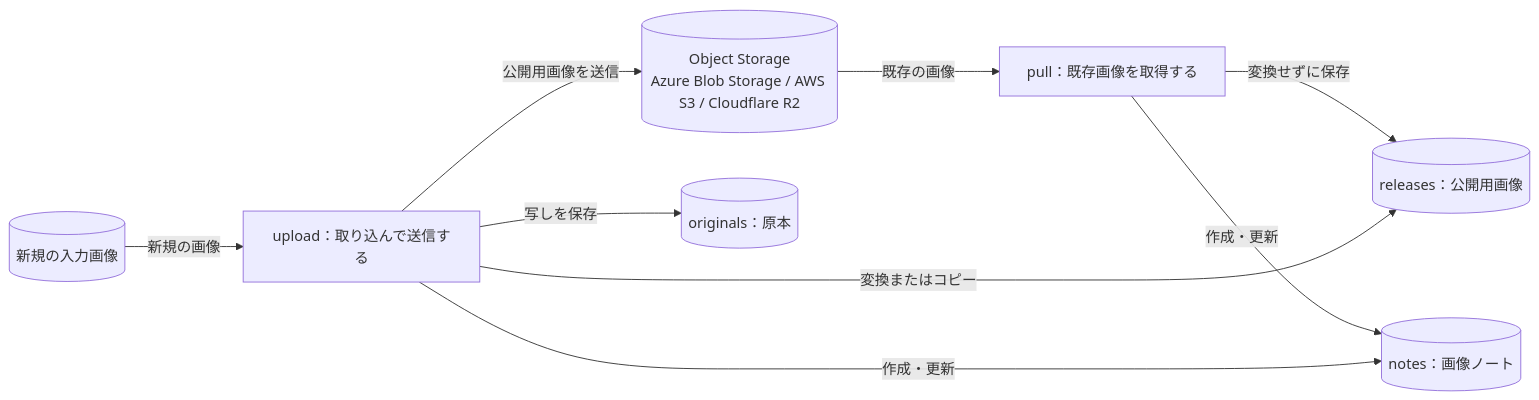
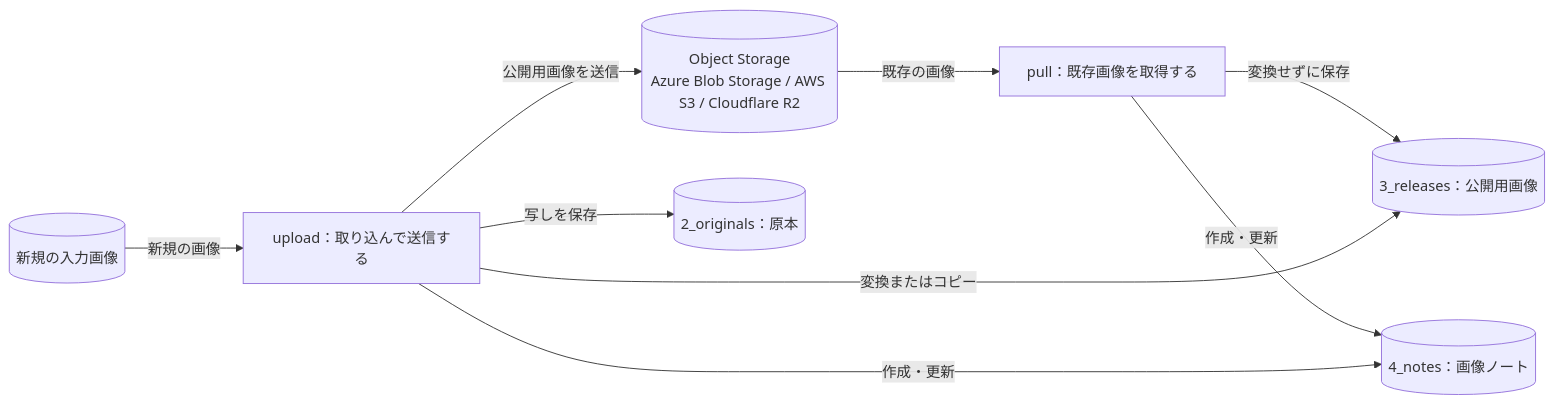
Before and after one commit to tuckn/tkn_object_storage_catalog: the first of 6 diagrams in README.md, drawn with Mermaid. The commit also changed other lines of this file and 20 other files, not shown here.

````diff
--- a/README.md
+++ b/README.md
@@ -110,19 +110,19 @@
 ```mermaid
 flowchart LR
     Cloud[("Object Storage<br/>Azure Blob Storage / AWS S3 / Cloudflare R2")]
     Input[("新規の入力画像")]
     Pull["pull：既存画像を取得する"]
     Upload["upload：取り込んで送信する"]
-    Originals[("originals：原本")]
-    Releases[("releases：公開用画像")]
-    Notes[("notes：画像ノート")]
+    Originals[("2_originals：原本")]
+    Releases[("3_releases：公開用画像")]
+    Notes[("4_notes：画像ノート")]
 
     Cloud -->|"既存の画像"| Pull
     Pull -->|"変換せずに保存"| Releases
     Pull -->|"作成・更新"| Notes
     Input -->|"新規の画像"| Upload
     Upload -->|"写しを保存"| Originals
     Upload -->|"変換またはコピー"| Releases
     Upload -->|"作成・更新"| Notes
     Upload -->|"公開用画像を送信"| Cloud
 ```
````
